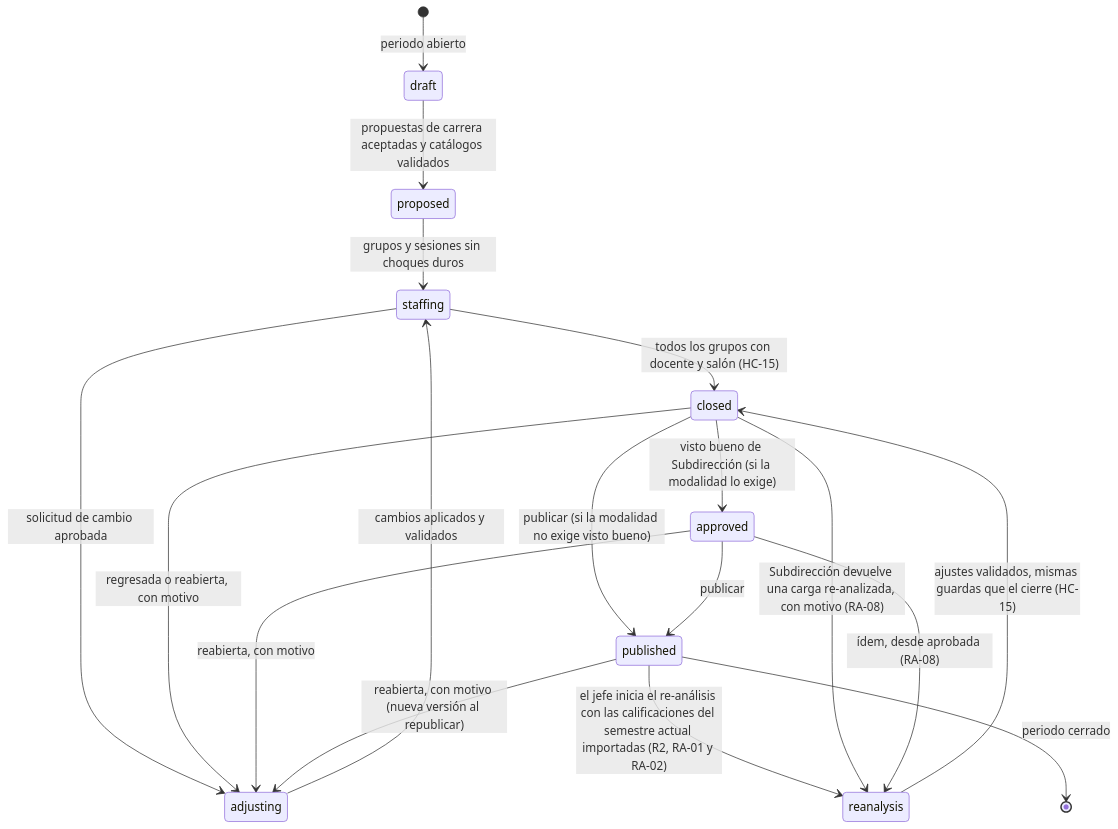
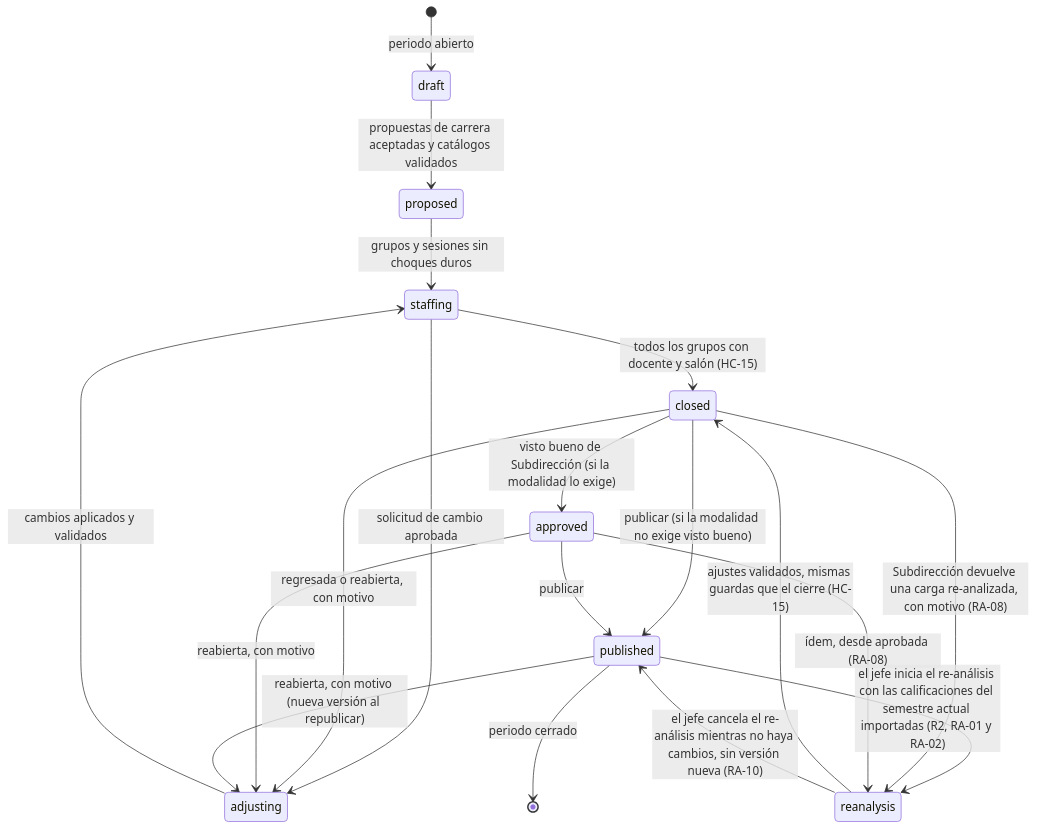
Before and after one commit to Erne1357/nexus: the second of 4 diagrams in docs/proceso/proceso-propuesto.md, drawn with Mermaid. The commit also changed other lines of this file and 16 other files, not shown here.

First line of the commit message:
feat(academic-load): cancel a reanalysis without changes back to the published version (RA-10)

````diff
--- a/docs/proceso/proceso-propuesto.md
+++ b/docs/proceso/proceso-propuesto.md
@@ -104,20 +104,21 @@
 ```mermaid
 stateDiagram-v2
     [*] --> draft : periodo abierto
     draft --> proposed : propuestas de carrera aceptadas y catálogos validados
     proposed --> staffing : grupos y sesiones sin choques duros
     staffing --> adjusting : solicitud de cambio aprobada
     adjusting --> staffing : cambios aplicados y validados
     staffing --> closed : todos los grupos con docente y salón (HC-15)
     closed --> approved : visto bueno de Subdirección (si la modalidad lo exige)
     closed --> published : publicar (si la modalidad no exige visto bueno)
     closed --> adjusting : regresada o reabierta, con motivo
     approved --> published : publicar
     approved --> adjusting : reabierta, con motivo
     published --> adjusting : reabierta, con motivo (nueva versión al republicar)
     published --> reanalysis : el jefe inicia el re-análisis con las calificaciones del semestre actual importadas (R2, RA-01 y RA-02)
     reanalysis --> closed : ajustes validados, mismas guardas que el cierre (HC-15)
+    reanalysis --> published : el jefe cancela el re-análisis mientras no haya cambios, sin versión nueva (RA-10)
     closed --> reanalysis : Subdirección devuelve una carga re-analizada, con motivo (RA-08)
     approved --> reanalysis : ídem, desde aprobada (RA-08)
     published --> [*] : periodo cerrado
 ```
````
